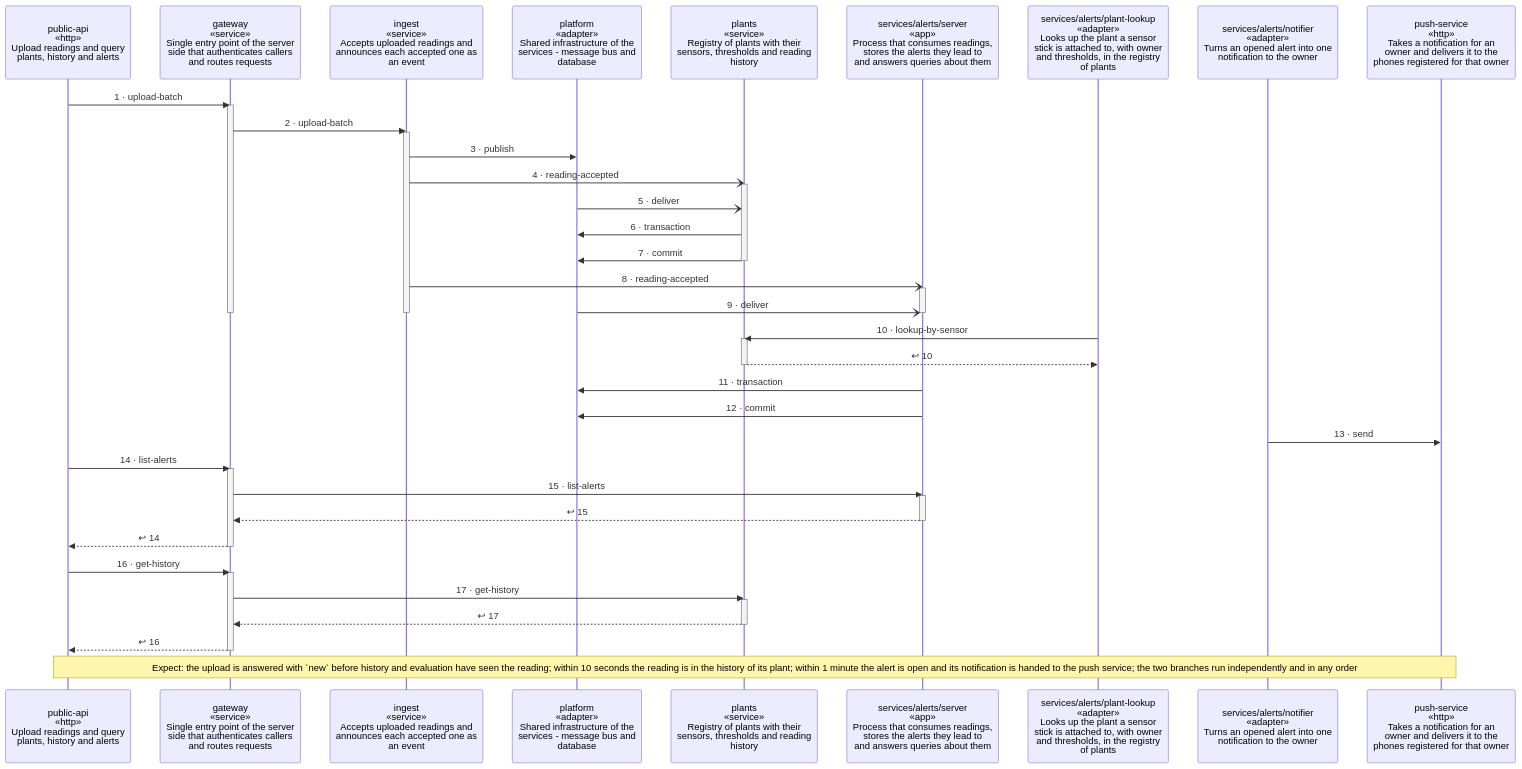
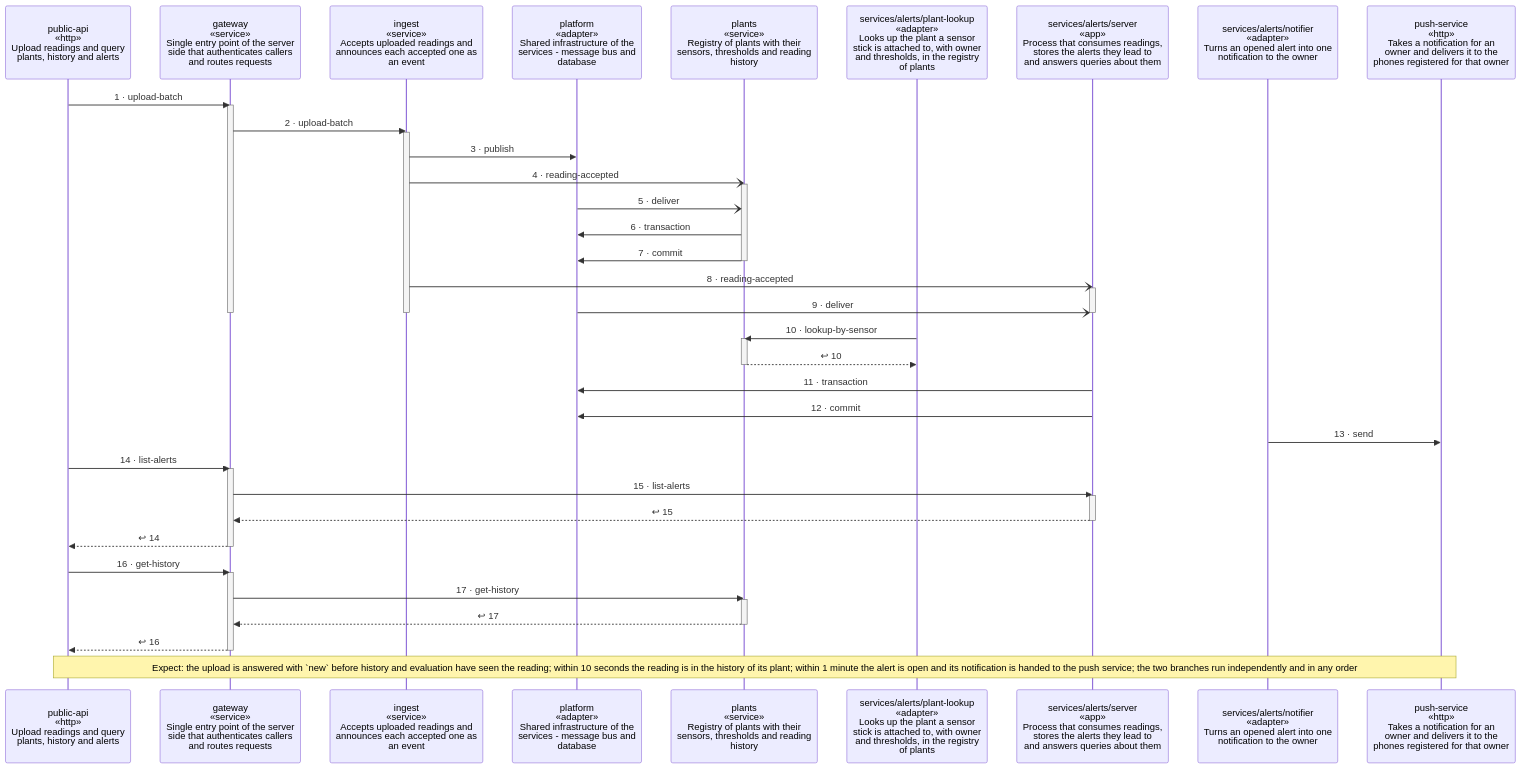
The diagram in examples/plantwatch/cloud/docs/diagrams/scenario-upload-leads-to-alert.md (wackazong/unifold), drawn with Mermaid before and after one commit. The commit also changed other lines of this file and 4 other files, not shown here.

````diff
--- a/examples/plantwatch/cloud/docs/diagrams/scenario-upload-leads-to-alert.md
+++ b/examples/plantwatch/cloud/docs/diagrams/scenario-upload-leads-to-alert.md
@@ -12,58 +12,58 @@
 ```mermaid
 ---
 config:
   sequence:
     height: 124
 ---
 sequenceDiagram
   participant ppublic_dapi as public-api<br/>«http»<br/>Upload readings and query<br/>plants, history and alerts
   participant pgateway as gateway<br/>«service»<br/>Single entry point of the server<br/>side that authenticates callers<br/>and routes requests
   participant pingest as ingest<br/>«service»<br/>Accepts uploaded readings and<br/>announces each accepted one as<br/>an event
   participant pplatform as platform<br/>«adapter»<br/>Shared infrastructure of the<br/>services - message bus and<br/>database
   participant pplants as plants<br/>«service»<br/>Registry of plants with their<br/>sensors, thresholds and reading<br/>history
+  participant pservices__alerts__plant_dlookup as services/alerts/plant-lookup<br/>«adapter»<br/>Looks up the plant a sensor<br/>stick is attached to, with owner<br/>and thresholds, in the registry<br/>of plants
   participant pservices__alerts__server as services/alerts/server<br/>«app»<br/>Process that consumes readings,<br/>stores the alerts they lead to<br/>and answers queries about them
-  participant pservices__alerts__plant_dlookup as services/alerts/plant-lookup<br/>«adapter»<br/>Looks up the plant a sensor<br/>stick is attached to, with owner<br/>and thresholds, in the registry<br/>of plants
   participant pservices__alerts__notifier as services/alerts/notifier<br/>«adapter»<br/>Turns an opened alert into one<br/>notification to the owner
   participant ppush_dservice as push-service<br/>«http»<br/>Takes a notification for an<br/>owner and delivers it to the<br/>phones registered for that owner
   ppublic_dapi->>pgateway: 1 · upload-batch
   activate pgateway
   pgateway->>pingest: 2 · upload-batch
   activate pingest
   pingest->>pplatform: 3 · publish
   pingest-)pplants: 4 · reading-accepted
   activate pplants
   pplatform-)pplants: 5 · deliver
   pplants->>pplatform: 6 · transaction
   pplants->>pplatform: 7 · commit
   deactivate pplants
   pingest-)pservices__alerts__server: 8 · reading-accepted
   activate pservices__alerts__server
   pplatform-)pservices__alerts__server: 9 · deliver
   deactivate pservices__alerts__server
   deactivate pingest
   deactivate pgateway
   pservices__alerts__plant_dlookup->>pplants: 10 · lookup-by-sensor
   activate pplants
   pplants-->>pservices__alerts__plant_dlookup: ↩ 10
   deactivate pplants
   pservices__alerts__server->>pplatform: 11 · transaction
   pservices__alerts__server->>pplatform: 12 · commit
   pservices__alerts__notifier->>ppush_dservice: 13 · send
   ppublic_dapi->>pgateway: 14 · list-alerts
   activate pgateway
   pgateway->>pservices__alerts__server: 15 · list-alerts
   activate pservices__alerts__server
   pservices__alerts__server-->>pgateway: ↩ 15
   deactivate pservices__alerts__server
   pgateway-->>ppublic_dapi: ↩ 14
   deactivate pgateway
   ppublic_dapi->>pgateway: 16 · get-history
   activate pgateway
   pgateway->>pplants: 17 · get-history
   activate pplants
   pplants-->>pgateway: ↩ 17
   deactivate pplants
   pgateway-->>ppublic_dapi: ↩ 16
   deactivate pgateway
   Note over ppublic_dapi,ppush_dservice: wrap: Expect: the upload is answered with `new` before history and evaluation have seen the reading#59; within 10 seconds the reading is in the history of its plant#59; within 1 minute the alert is open and its notification is handed to the push service#59; the two branches run independently and in any order
 ```
````
